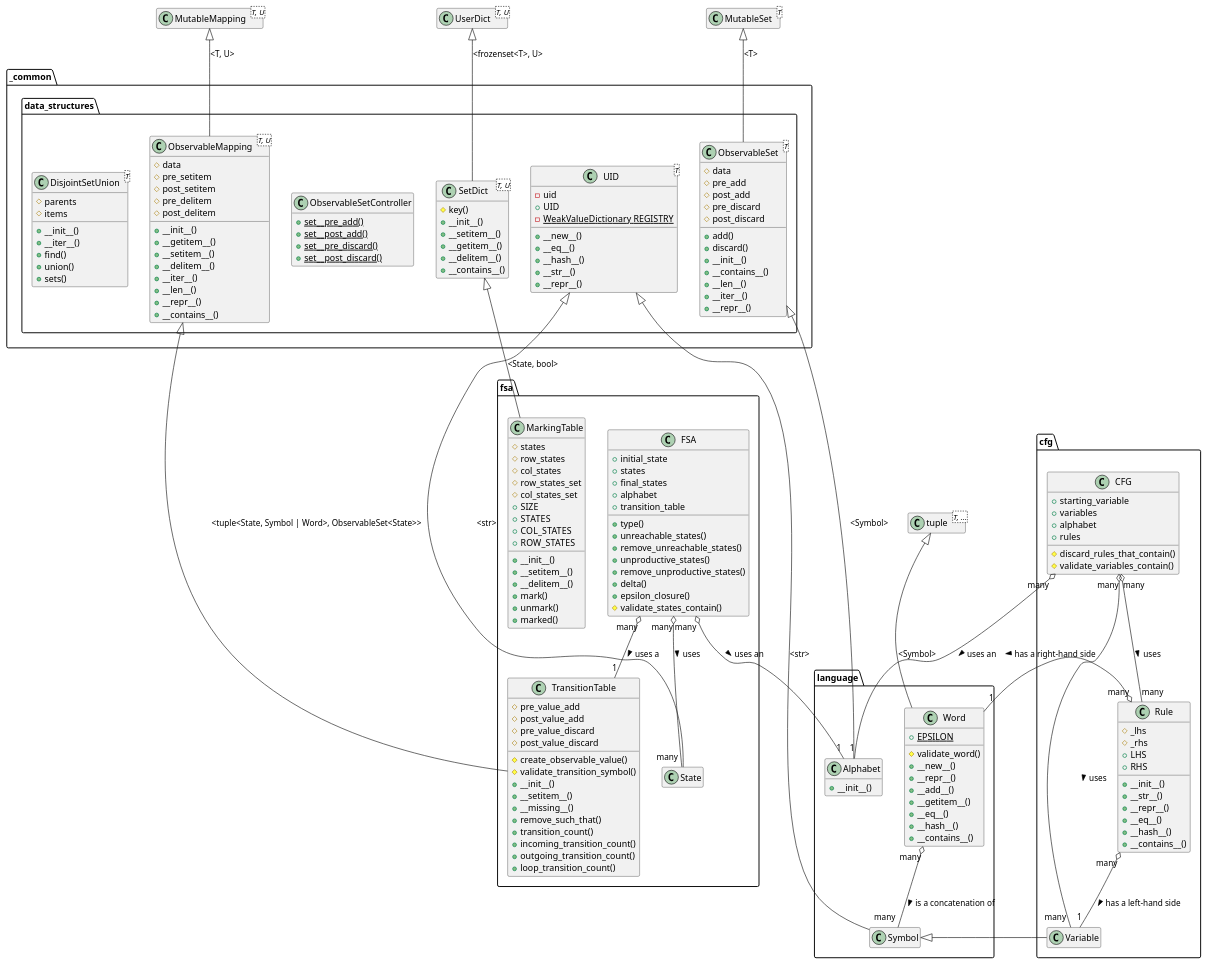
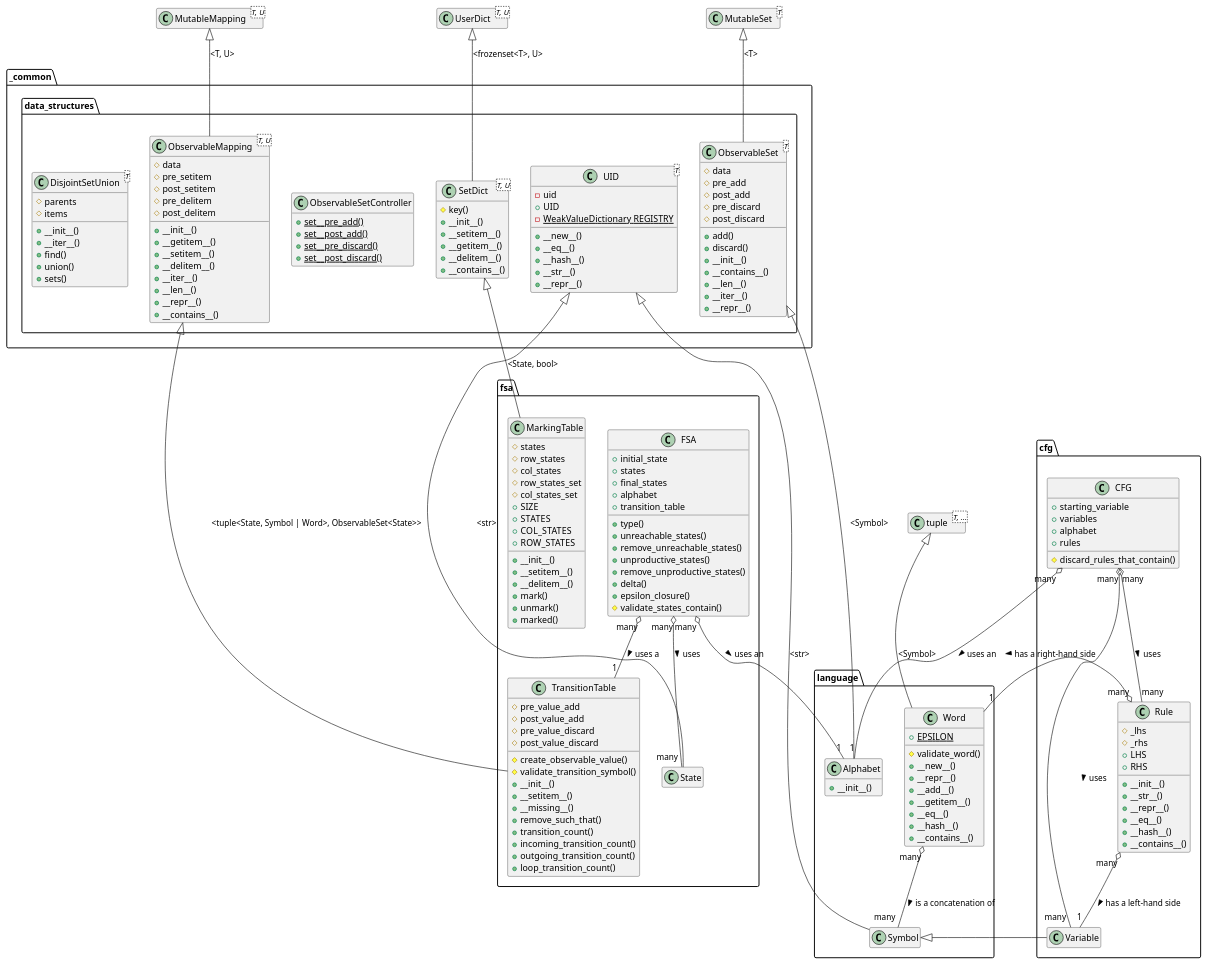
Before and after one commit to nicoll-douglas/atmta-study-tool: the diagram in docs/diagrams/src/classes.puml, drawn with PlantUML. The commit also changed 1 other file, not shown here.

Commit message:
update class UML + add __str__ method for CFG class

```diff
--- a/docs/diagrams/src/classes.puml
+++ b/docs/diagrams/src/classes.puml
@@ -171,7 +171,6 @@
         + alphabet
         + rules
         # discard_rules_that_contain()
-        # validate_variables_contain()
     }
 }
 
```
